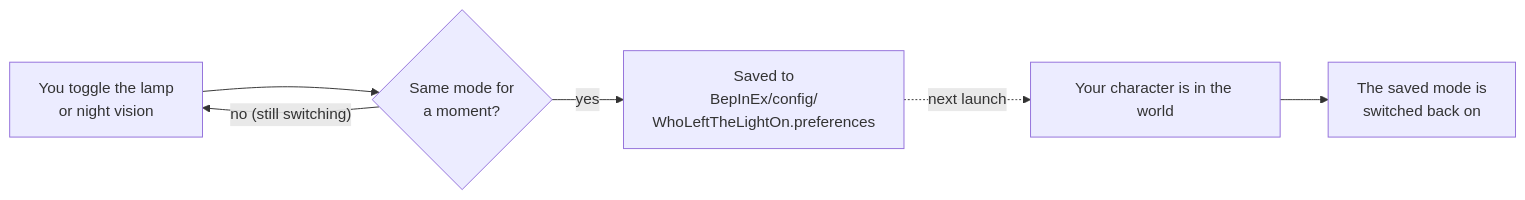
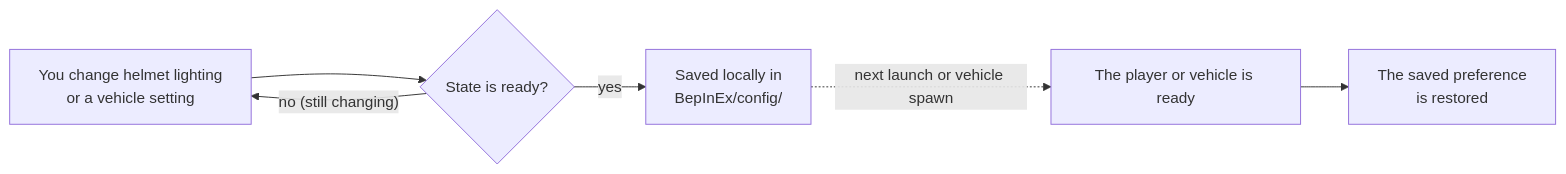
One commit to handofhate/WhoLeftTheLightOn changed the diagram in wiki/How-It-Works.md. Above: the diagram before and after it, drawn with Mermaid. The commit also changed other lines of this file and 13 other files, not shown here.

Commit message:
Release Who Left The Light On 1.0.0

````diff
--- a/wiki/How-It-Works.md
+++ b/wiki/How-It-Works.md
@@ -3,8 +3,8 @@
 ```mermaid
 flowchart LR
-  t["You toggle the lamp<br/>or night vision"] --> w{"Same mode for<br/>a moment?"}
-  w -- "no (still switching)" --> t
-  w -- "yes" --> s["Saved to<br/>BepInEx/config/<br/>WhoLeftTheLightOn.preferences"]
-  s -. "next launch" .-> r["Your character is in the world"]
-  r --> a["The saved mode is<br/>switched back on"]
+  t["You change helmet lighting<br/>or a vehicle setting"] --> w{"State is ready?"}
+  w -- "no (still changing)" --> t
+  w -- "yes" --> s["Saved locally in<br/>BepInEx/config/"]
+  s -. "next launch or vehicle spawn" .-> r["The player or vehicle is ready"]
+  r --> a["The saved preference<br/>is restored"]
 ```
````
